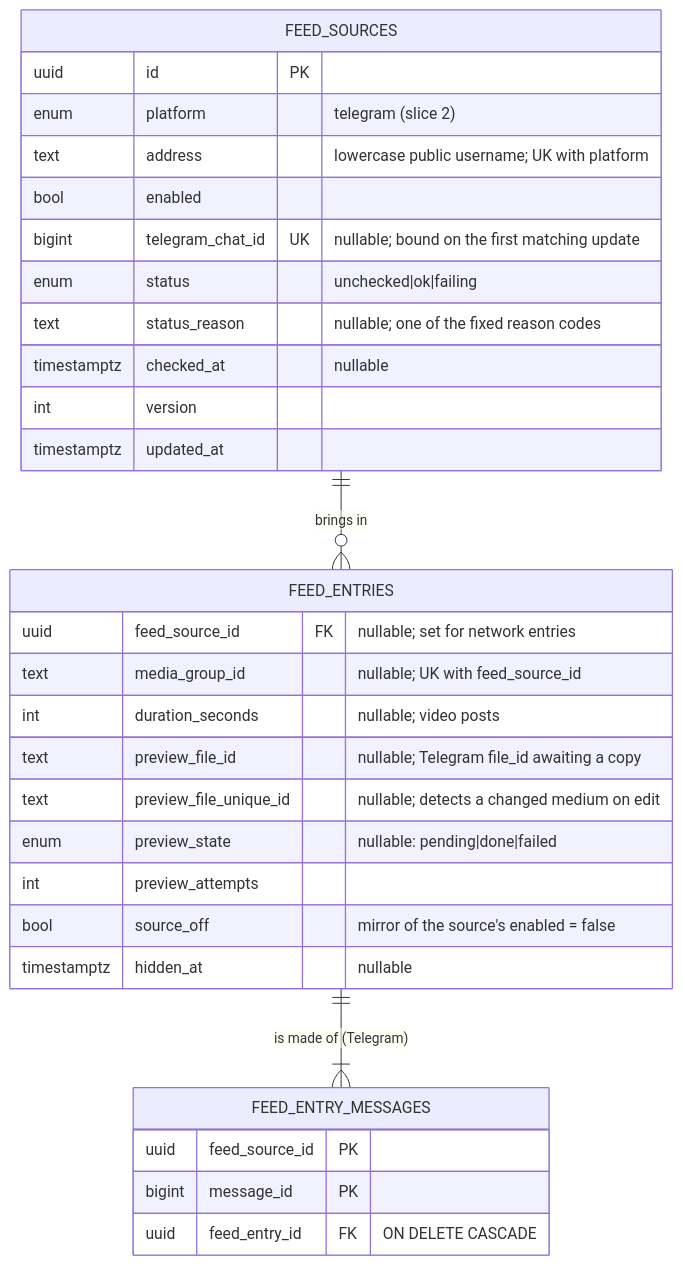
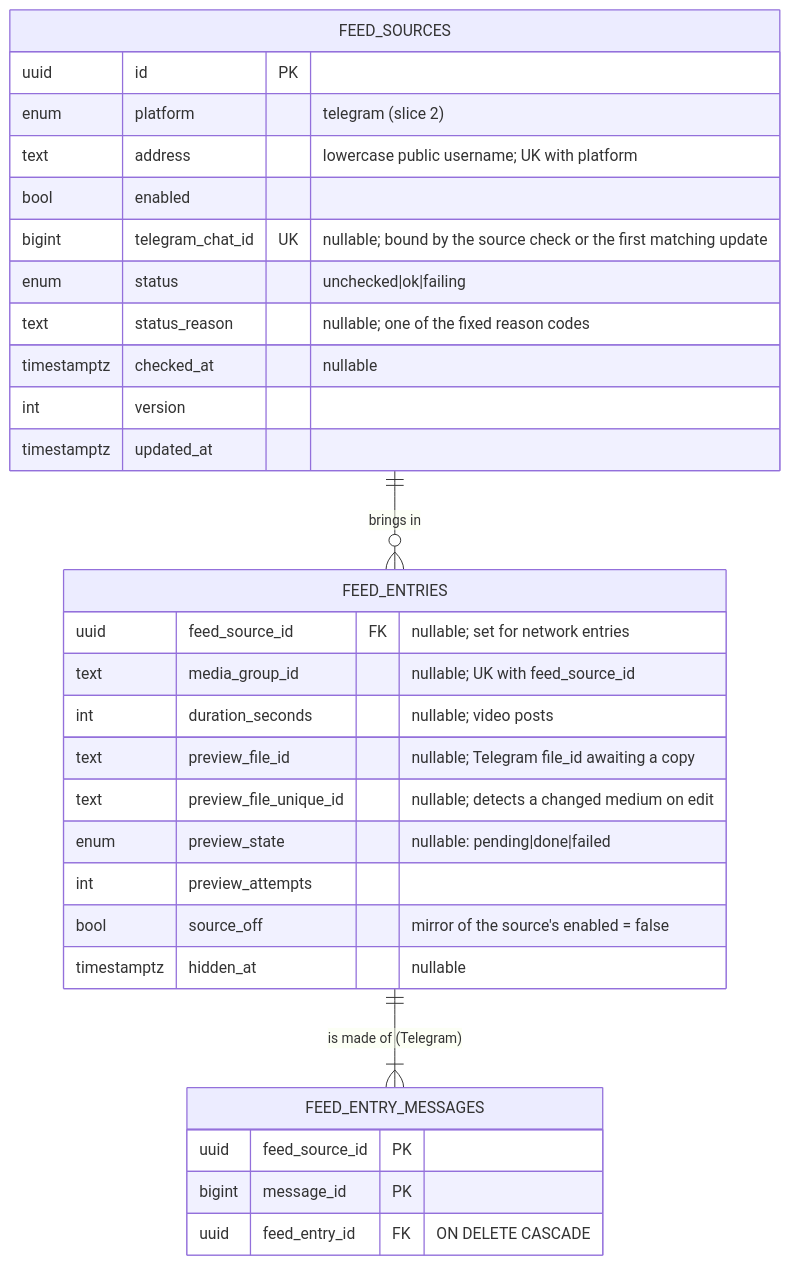
Before and after one commit to doctor-school/ds-platform: the fifth of 8 diagrams in apps/docs/content/specs/features/048-materials-feed/048-design.md, drawn with Mermaid. The commit also changed other lines of this file and 3 other files, not shown here.

First line of the commit message:
docs(3943): the source check binds the channel id before the history import

````diff
--- a/apps/docs/content/specs/features/048-materials-feed/048-design.md
+++ b/apps/docs/content/specs/features/048-materials-feed/048-design.md
@@ -288,33 +288,33 @@
 ```mermaid
 erDiagram
   FEED_SOURCES ||--o{ FEED_ENTRIES : "brings in"
   FEED_ENTRIES ||--|{ FEED_ENTRY_MESSAGES : "is made of (Telegram)"
   FEED_SOURCES {
     uuid id PK
     enum platform "telegram (slice 2)"
     text address "lowercase public username; UK with platform"
     bool enabled
-    bigint telegram_chat_id UK "nullable; bound on the first matching update"
+    bigint telegram_chat_id UK "nullable; bound by the source check or the first matching update"
     enum status "unchecked|ok|failing"
     text status_reason "nullable; one of the fixed reason codes"
     timestamptz checked_at "nullable"
     int version
     timestamptz updated_at
   }
   FEED_ENTRIES {
     uuid feed_source_id FK "nullable; set for network entries"
     text media_group_id "nullable; UK with feed_source_id"
     int duration_seconds "nullable; video posts"
     text preview_file_id "nullable; Telegram file_id awaiting a copy"
     text preview_file_unique_id "nullable; detects a changed medium on edit"
     enum preview_state "nullable: pending|done|failed"
     int preview_attempts
     bool source_off "mirror of the source's enabled = false"
     timestamptz hidden_at "nullable"
   }
   FEED_ENTRY_MESSAGES {
     uuid feed_source_id PK
     bigint message_id PK
     uuid feed_entry_id FK "ON DELETE CASCADE"
   }
 ```
````
